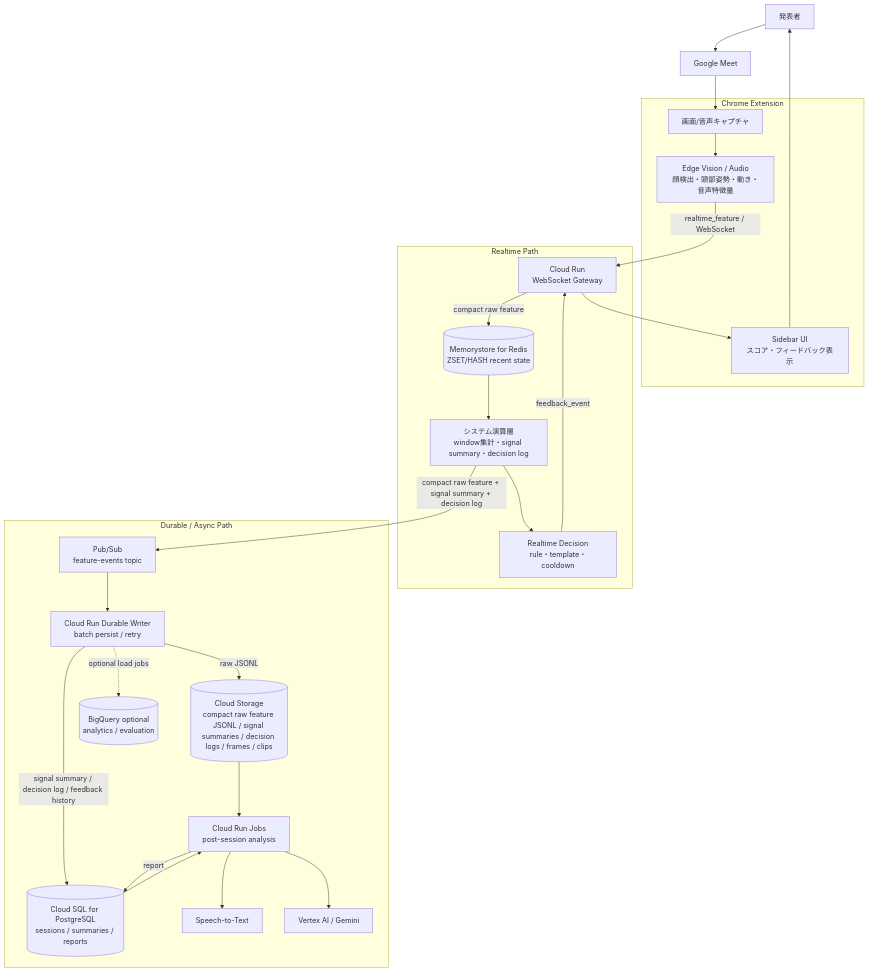
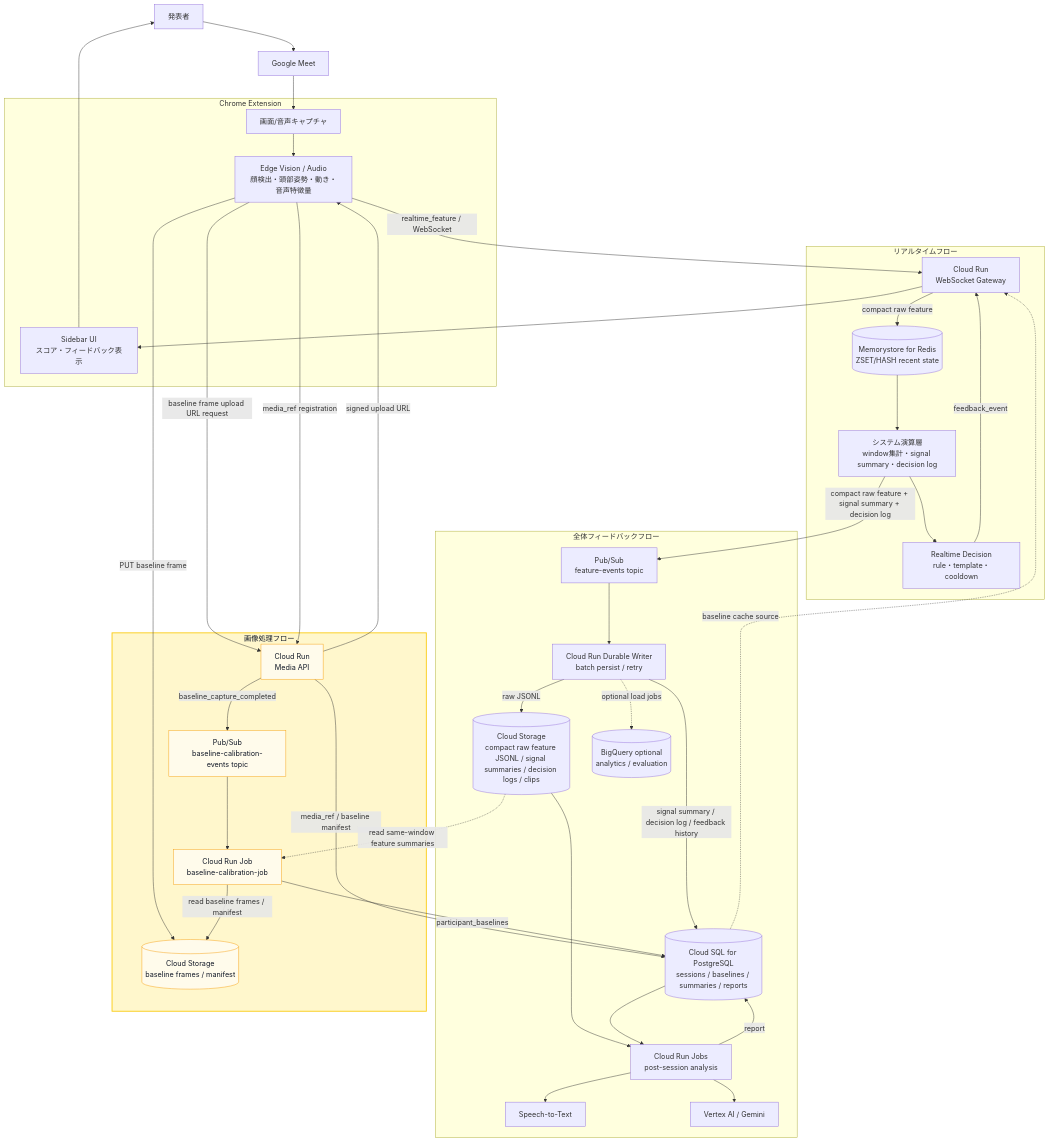
One commit to k-kanke/reaction-engine changed the diagram in architecture.md. Above: the diagram before and after it, drawn with Mermaid. The commit also changed other lines of this file, not shown here.

Commit message:
name each flow

````diff
--- a/architecture.md
+++ b/architecture.md
@@ -32,53 +42,76 @@
 ```mermaid
 flowchart TB
   presenter["発表者"]
   meet["Google Meet"]
 
   subgraph extension["Chrome Extension"]
     capture["画面/音声キャプチャ"]
     edge["Edge Vision / Audio<br/>顔検出・頭部姿勢・動き・音声特徴量"]
     sidebar["Sidebar UI<br/>スコア・フィードバック表示"]
   end
 
-  subgraph realtime["Realtime Path"]
+  subgraph realtime["リアルタイムフロー"]
     gateway["Cloud Run<br/>WebSocket Gateway"]
     redis[("Memorystore for Redis<br/>ZSET/HASH recent state")]
     systemCompute["システム演算層<br/>window集計・signal summary・decision log"]
     decision["Realtime Decision<br/>rule・template・cooldown"]
   end
 
-  subgraph durable["Durable / Async Path"]
+  subgraph durable["全体フィードバックフロー"]
     pubsub["Pub/Sub<br/>feature-events topic"]
     writer["Cloud Run Durable Writer<br/>batch persist / retry"]
-    storage[("Cloud Storage<br/>compact raw feature JSONL / signal summaries / decision logs / frames / clips")]
-    cloudsql[("Cloud SQL for PostgreSQL<br/>sessions / summaries / reports")]
+    storage[("Cloud Storage<br/>compact raw feature JSONL / signal summaries / decision logs / clips")]
+    cloudsql[("Cloud SQL for PostgreSQL<br/>sessions / baselines / summaries / reports")]
     jobs["Cloud Run Jobs<br/>post-session analysis"]
     stt["Speech-to-Text"]
     vertex["Vertex AI / Gemini"]
     bq[("BigQuery optional<br/>analytics / evaluation")]
+  end
+
+  subgraph baselineImage["画像処理フロー"]
+    mediaApi["Cloud Run<br/>Media API"]
+    baselineStorage[("Cloud Storage<br/>baseline frames / manifest")]
+    baselinePubsub["Pub/Sub<br/>baseline-calibration-events topic"]
+    baselineJob["Cloud Run Job<br/>baseline-calibration-job"]
   end
 
   presenter --> meet
   meet --> capture
   capture --> edge
   edge -->|realtime_feature / WebSocket| gateway
 
   gateway -->|compact raw feature| redis
   redis --> systemCompute
   systemCompute --> decision
   decision -->|feedback_event| gateway
   gateway --> sidebar
   sidebar --> presenter
 
   systemCompute -->|compact raw feature + signal summary + decision log| pubsub
   pubsub --> writer
   writer -->|raw JSONL| storage
   writer -->|signal summary / decision log / feedback history| cloudsql
   writer -.->|optional load jobs| bq
 
+  edge -->|baseline frame upload URL request| mediaApi
+  mediaApi -->|signed upload URL| edge
+  edge -->|PUT baseline frame| baselineStorage
+  edge -->|media_ref registration| mediaApi
+  mediaApi -->|media_ref / baseline manifest| cloudsql
+  mediaApi -->|baseline_capture_completed| baselinePubsub
+  baselinePubsub --> baselineJob
+  baselineJob -->|read baseline frames / manifest| baselineStorage
+  storage -.->|read same-window feature summaries| baselineJob
+  baselineJob -->|participant_baselines| cloudsql
+  cloudsql -.->|baseline cache source| gateway
+
   storage --> jobs
   cloudsql --> jobs
   jobs --> stt
   jobs --> vertex
   jobs -->|report| cloudsql
+
+  style baselineImage fill:#fff7cc,stroke:#facc15,stroke-width:2px,color:#111827
+  classDef baselineNode fill:#fffbeb,stroke:#f59e0b,stroke-width:1px,color:#111827
+  class mediaApi,baselineStorage,baselinePubsub,baselineJob baselineNode
 ```
````
